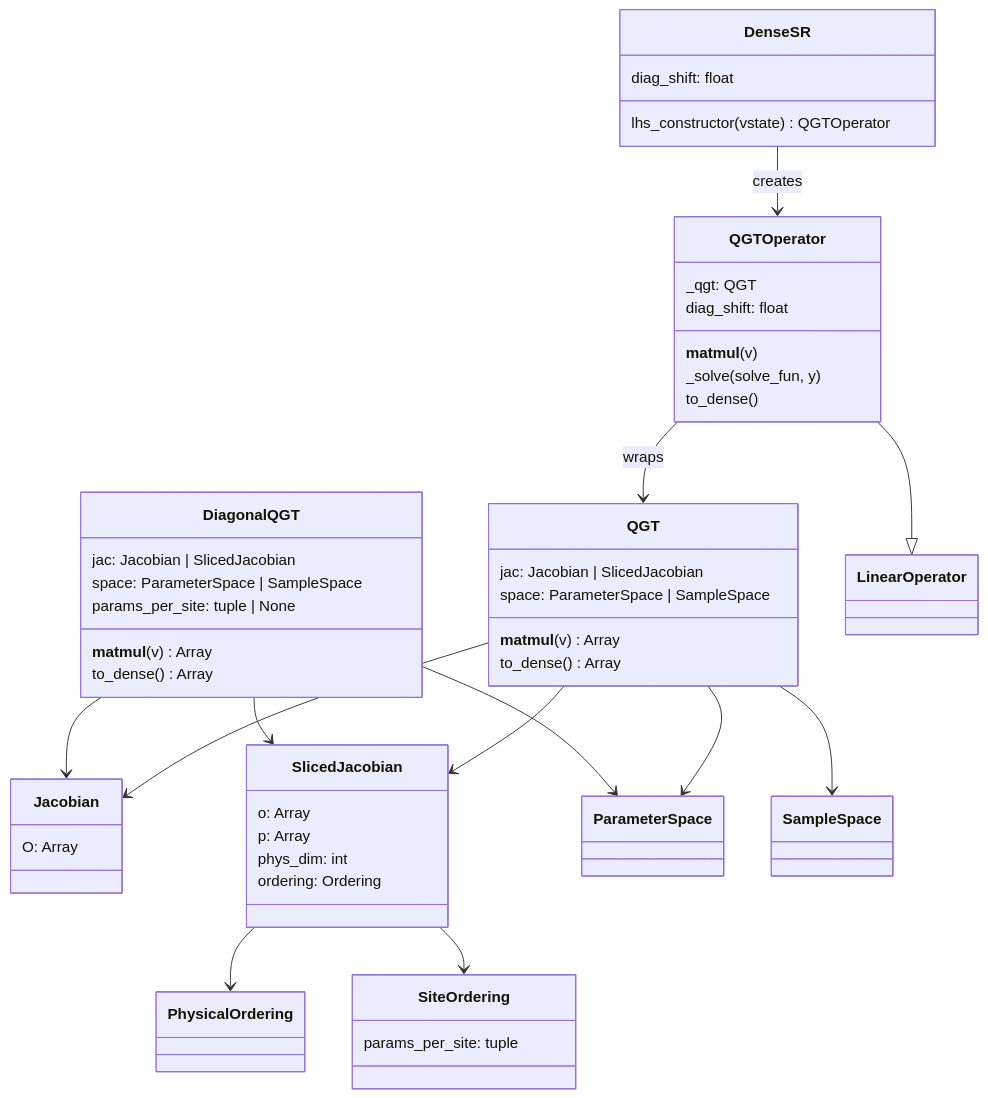
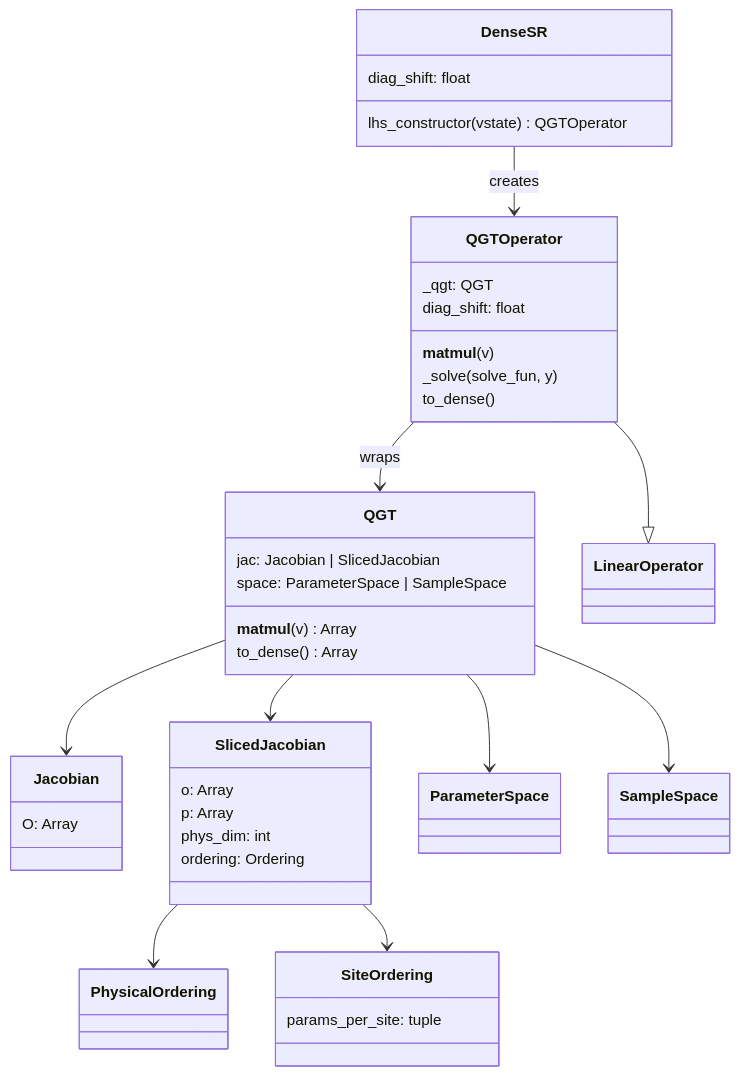
Before and after one commit to fliingelephant/VMC: the first of 4 diagrams in DESIGN.md, drawn with Mermaid. The commit also changed other lines of this file and 14 other files, not shown here.

Commit message:
Remove diagonal QGT support and align utils

````diff
--- a/DESIGN.md
+++ b/DESIGN.md
@@ -54,59 +54,48 @@
 ```mermaid
 classDiagram
     class Jacobian {
         O: Array
     }
     class SlicedJacobian {
         o: Array
         p: Array
         phys_dim: int
         ordering: Ordering
     }
     class PhysicalOrdering
     class SiteOrdering {
         params_per_site: tuple
     }
 
     class ParameterSpace
     class SampleSpace
 
     class QGT {
         jac: Jacobian | SlicedJacobian
         space: ParameterSpace | SampleSpace
         __matmul__(v) Array
         to_dense() Array
     }
 
-    class DiagonalQGT {
-        jac: Jacobian | SlicedJacobian
-        space: ParameterSpace | SampleSpace
-        params_per_site: tuple | None
-        __matmul__(v) Array
-        to_dense() Array
-    }
-
     class QGTOperator {
         _qgt: QGT
         diag_shift: float
         __matmul__(v)
         _solve(solve_fun, y)
         to_dense()
     }
     class DenseSR {
         diag_shift: float
         lhs_constructor(vstate) QGTOperator
     }
 
     SlicedJacobian --> PhysicalOrdering
     SlicedJacobian --> SiteOrdering
     QGT --> Jacobian
     QGT --> SlicedJacobian
     QGT --> ParameterSpace
     QGT --> SampleSpace
-    DiagonalQGT --> Jacobian
-    DiagonalQGT --> SlicedJacobian
-    DiagonalQGT --> ParameterSpace
     QGTOperator --> QGT : wraps
     DenseSR --> QGTOperator : creates
     QGTOperator --|> LinearOperator
 ```
````
